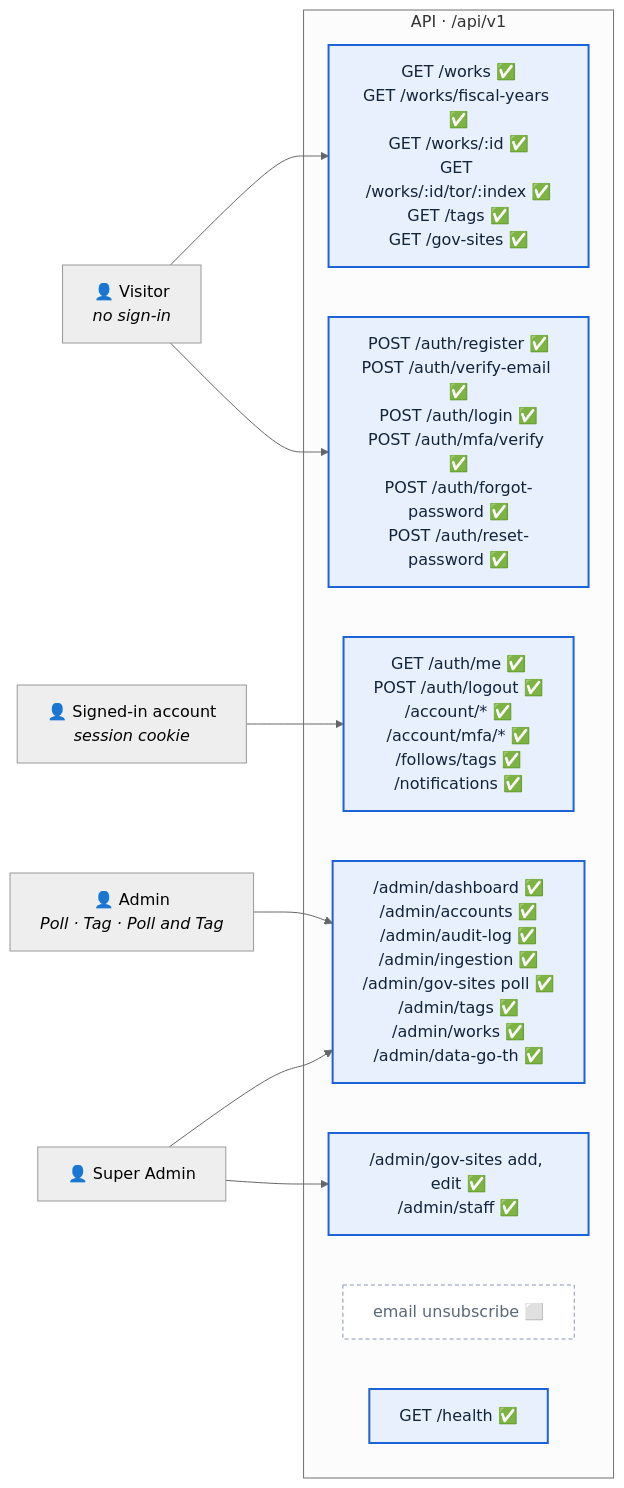
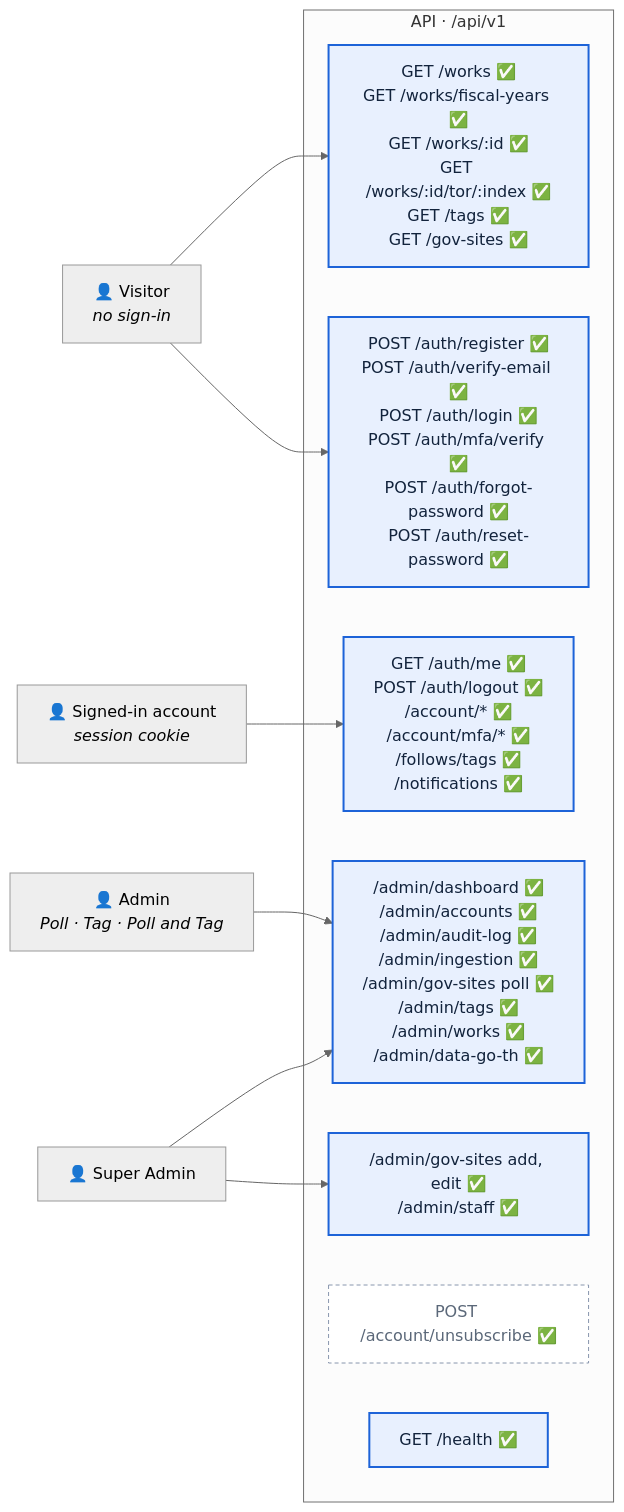
Before and after one commit to OTK-Software-Process/B2GVendor: the first of 4 diagrams in docs/API.md, drawn with Mermaid (neutral theme). The commit also changed 7 other files, not shown here.

````diff
--- a/docs/API.md
+++ b/docs/API.md
@@ -25,29 +25,29 @@
 ```mermaid
 flowchart LR
     visitor["👤 Visitor<br/><i>no sign-in</i>"]
     user["👤 Signed-in account<br/><i>session cookie</i>"]
     admin["👤 Admin<br/><i>Poll · Tag · Poll and Tag</i>"]
     super["👤 Super Admin"]
 
     subgraph api["API · /api/v1"]
         pub["GET /works ✅<br/>GET /works/fiscal-years ✅<br/>GET /works/:id ✅<br/>GET /works/:id/tor/:index ✅<br/>GET /tags ✅<br/>GET /gov-sites ✅"]
         auth["POST /auth/register ✅<br/>POST /auth/verify-email ✅<br/>POST /auth/login ✅<br/>POST /auth/mfa/verify ✅<br/>POST /auth/forgot-password ✅<br/>POST /auth/reset-password ✅"]
         me["GET /auth/me ✅<br/>POST /auth/logout ✅<br/>/account/* ✅<br/>/account/mfa/* ✅<br/>/follows/tags ✅<br/>/notifications ✅"]
         adminq["/admin/dashboard ✅<br/>/admin/accounts ✅<br/>/admin/audit-log ✅<br/>/admin/ingestion ✅<br/>/admin/gov-sites poll ✅<br/>/admin/tags ✅<br/>/admin/works ✅<br/>/admin/data-go-th ✅"]
         sa["/admin/gov-sites add, edit ✅<br/>/admin/staff ✅"]
-        unsub["email unsubscribe ⬜"]
+        unsub["POST /account/unsubscribe ✅"]
         health["GET /health ✅"]
     end
 
     visitor --> pub
     visitor --> auth
     user --> me
     admin --> adminq
     super --> adminq
     super --> sa
 
     classDef built fill:#e8f0fe,stroke:#1d63d8,color:#12233c,stroke-width:2px
     classDef planned fill:#fff,stroke:#8896ad,color:#5b6879,stroke-dasharray:4 3
     class pub,auth,me,adminq,sa,health built
     class unsub planned
 ```
````
